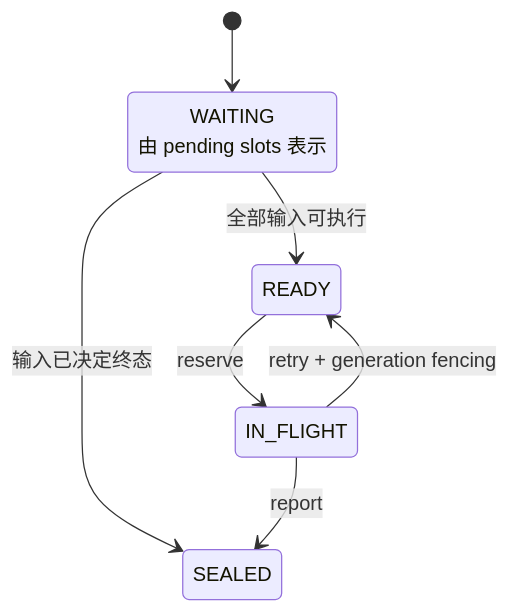
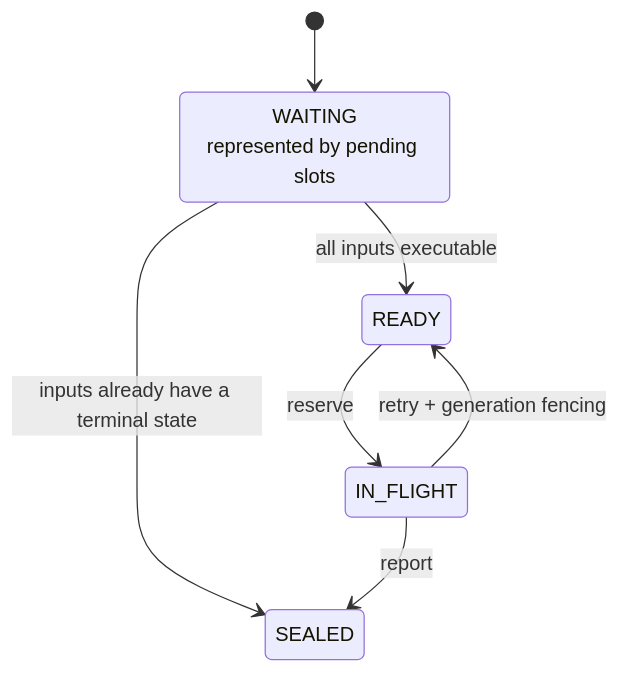
Before and after one commit to OpenDCAI/RayOrch: diagram 16 of 24 in docs/multigrain_v3_6_getting_started.md, drawn with Mermaid. The commit also changed other lines of this file and 31 other files, not shown here.

Commit message:
docs(v3.6): publish bilingual architecture guides

````diff
--- a/docs/multigrain_v3_6_getting_started.md
+++ b/docs/multigrain_v3_6_getting_started.md
@@ -1052,14 +1485,14 @@
 ```mermaid
 stateDiagram-v2
-    state "WAITING<br/>由 pending slots 表示" as W
+    state "WAITING<br/>represented by pending slots" as W
     state "READY" as R
     state "IN_FLIGHT" as I
     state "SEALED" as S
 
     [*] --> W
-    W --> R: 全部输入可执行
-    W --> S: 输入已决定终态
+    W --> R: all inputs executable
+    W --> S: inputs already have a terminal state
     R --> I: reserve
     I --> R: retry + generation fencing
     I --> S: report
 ```
````
